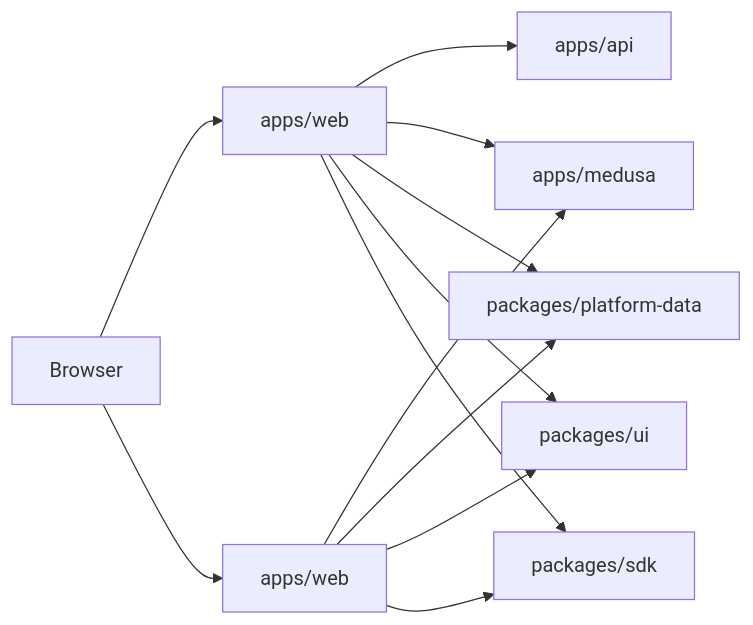
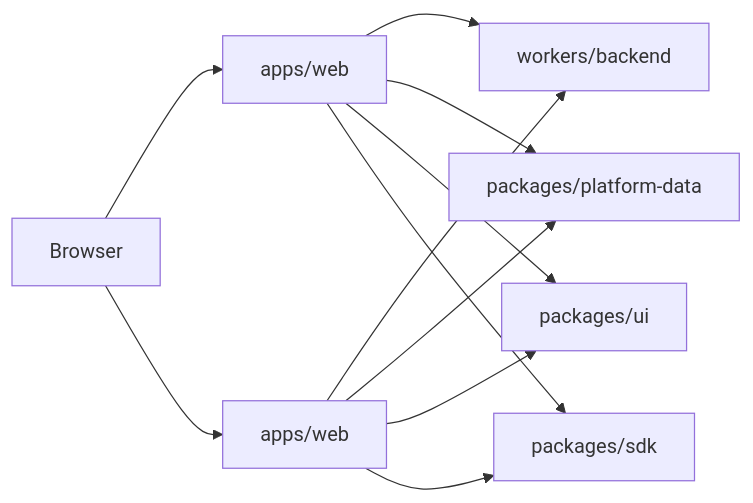
One commit to JustineDevs/UMS changed the diagram in ARCHITECTURE.md. Above: the diagram before and after it, drawn with Mermaid. The commit also changed other lines of this file and 830 other files, not shown here.

First line of the commit message:
Make the verified Worker storefront releaseable

````diff
--- a/ARCHITECTURE.md
+++ b/ARCHITECTURE.md
@@ -32,14 +31,13 @@
 ```mermaid
 flowchart LR
   Browser[Browser] --> Storefront[apps/web]
   Browser --> Admin[apps/web]
-  Storefront --> API[apps/api]
-  Storefront --> Medusa[apps/medusa]
-  Admin --> Medusa
+  Storefront --> Worker[workers/backend]
+  Admin --> Worker
   Admin --> PlatformData[packages/platform-data]
   Storefront --> PlatformData
   Admin --> UI[packages/ui]
   Storefront --> UI
   Storefront --> SDK[packages/sdk]
   Admin --> SDK
 ```
````
